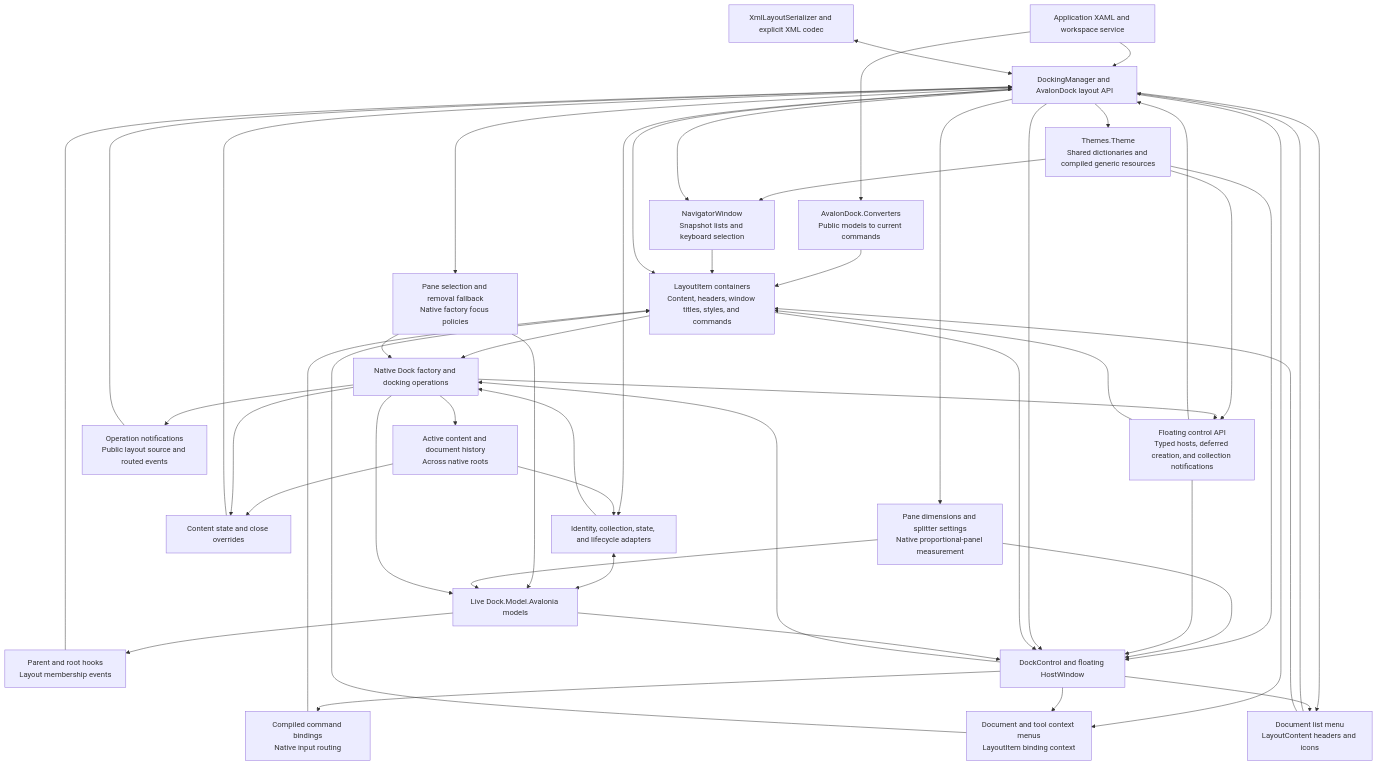
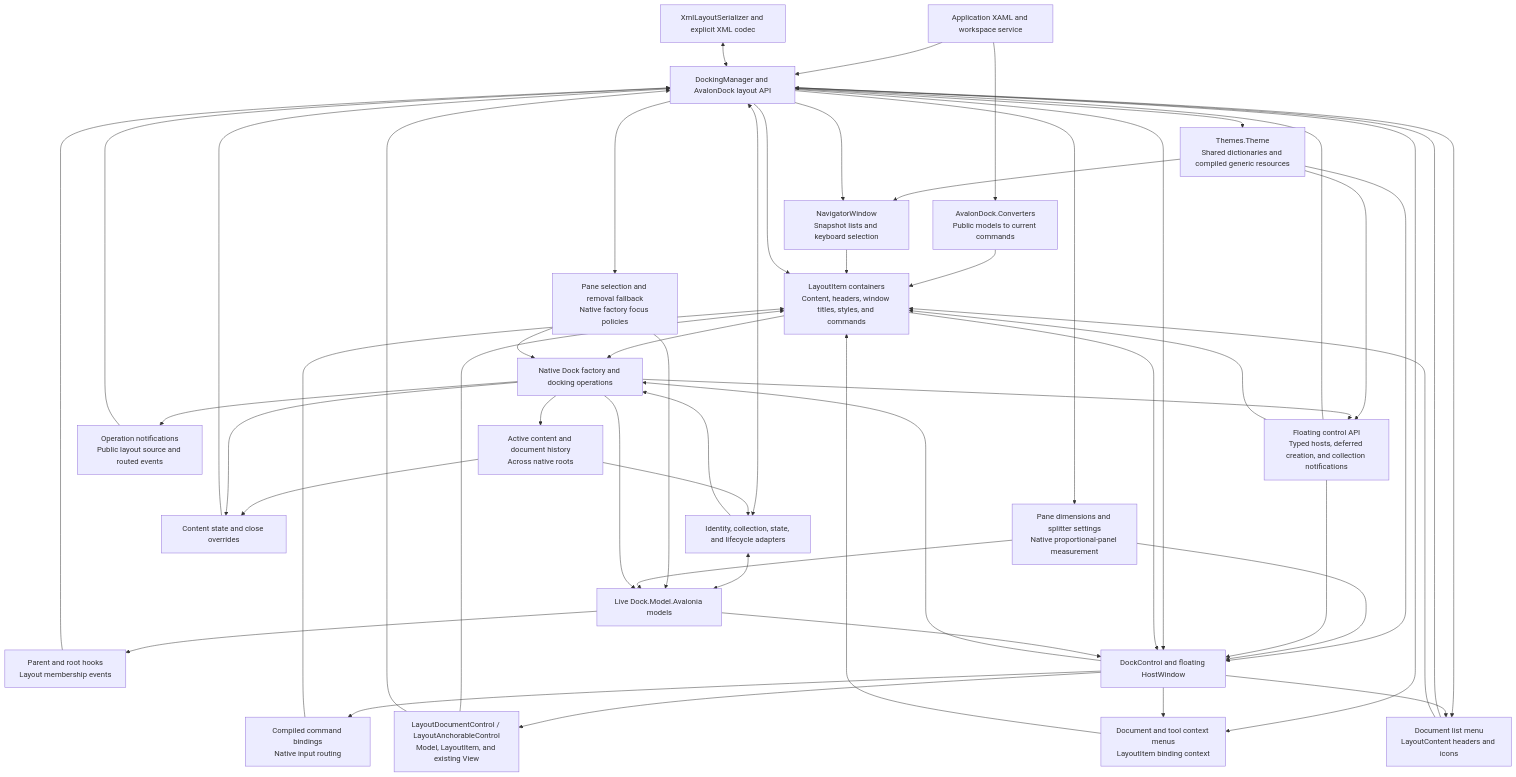
The diagram in src/Dock.Avalonia.AvalonDock/AVALONDOCK.md (wieslawsoltes/Dock), drawn with Mermaid before and after one commit. The commit also changed other lines of this file and 6 other files, not shown here.

Commit message:
Document content controls and verify them from the package consumer

````diff
--- a/src/Dock.Avalonia.AvalonDock/AVALONDOCK.md
+++ b/src/Dock.Avalonia.AvalonDock/AVALONDOCK.md
@@ -476,72 +491,76 @@
 ```mermaid
 flowchart TB
     App["Application XAML and workspace service"]
     Api["DockingManager and AvalonDock layout API"]
     Items["LayoutItem containers<br/>Content, headers, window titles, styles, and commands"]
+    ContentControls["LayoutDocumentControl / LayoutAnchorableControl<br/>Model, LayoutItem, and existing View"]
     Commands["Compiled command bindings<br/>Native input routing"]
     Converters["AvalonDock.Converters<br/>Public models to current commands"]
     Navigator["NavigatorWindow<br/>Snapshot lists and keyboard selection"]
     ResourceThemes["Themes.Theme<br/>Shared dictionaries and compiled generic resources"]
     Menus["Document and tool context menus<br/>LayoutItem binding context"]
     DocumentList["Document list menu<br/>LayoutContent headers and icons"]
     Bridge["Identity, collection, state, and lifecycle adapters"]
     Selection["Pane selection and removal fallback<br/>Native factory focus policies"]
     Focus["Active content and document history<br/>Across native roots"]
     ContentHooks["Content state and close overrides"]
     TreeEvents["Parent and root hooks<br/>Layout membership events"]
     Events["Operation notifications<br/>Public layout source and routed events"]
     Hosts["Floating control API<br/>Typed hosts, deferred creation, and collection notifications"]
     Sizing["Pane dimensions and splitter settings<br/>Native proportional-panel measurement"]
     Models["Live Dock.Model.Avalonia models"]
     Factory["Native Dock factory and docking operations"]
     View["DockControl and floating HostWindow"]
     Xml["XmlLayoutSerializer and explicit XML codec"]
     App --> Api
     App --> Converters
     Converters --> Items
     Api --> ResourceThemes
     ResourceThemes --> Navigator
     ResourceThemes --> Hosts
     ResourceThemes --> View
     Api --> Navigator
     Navigator --> Items
     Api --> Items
     Items --> Factory
     Api <--> Bridge
     Bridge <--> Models
     Api --> Selection
     Selection --> Models
     Selection --> Factory
     Api --> Sizing
     Sizing --> Models
     Sizing --> View
     Bridge --> Factory
     Factory --> Models
     Factory --> Focus
     Focus --> Bridge
     Focus --> ContentHooks
     Factory --> ContentHooks
     ContentHooks --> Api
     Models --> TreeEvents
     TreeEvents --> Api
     Factory --> Events
     Events --> Api
     Factory --> Hosts
     Hosts --> View
     Hosts --> Api
     Hosts --> Items
     Api --> View
     Items --> View
+    View --> ContentControls
+    ContentControls --> Items
+    ContentControls --> Api
     View --> Commands
     Commands --> Items
     Api --> Menus
     View --> Menus
     Menus --> Items
     Api --> DocumentList
     View --> DocumentList
     DocumentList --> Api
     DocumentList --> Items
     Models --> View
     View --> Factory
     Xml <--> Api
 ```
````
